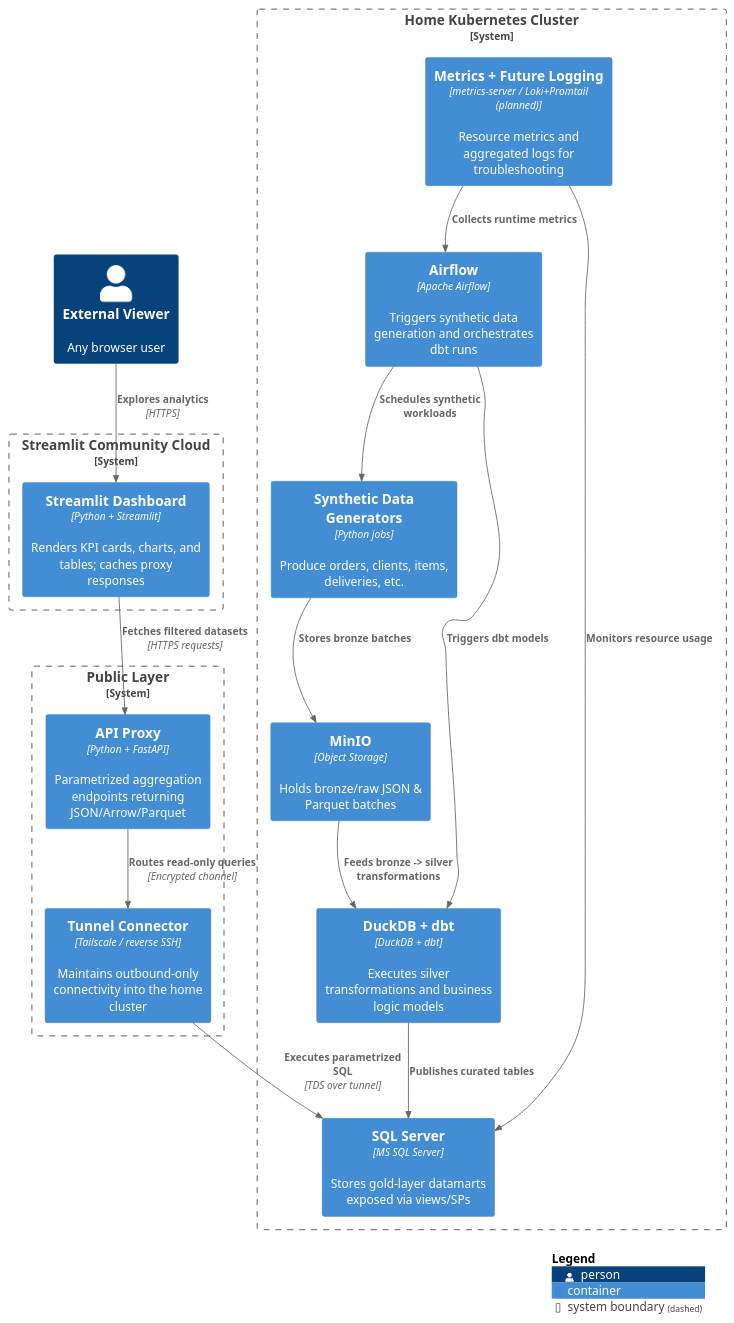
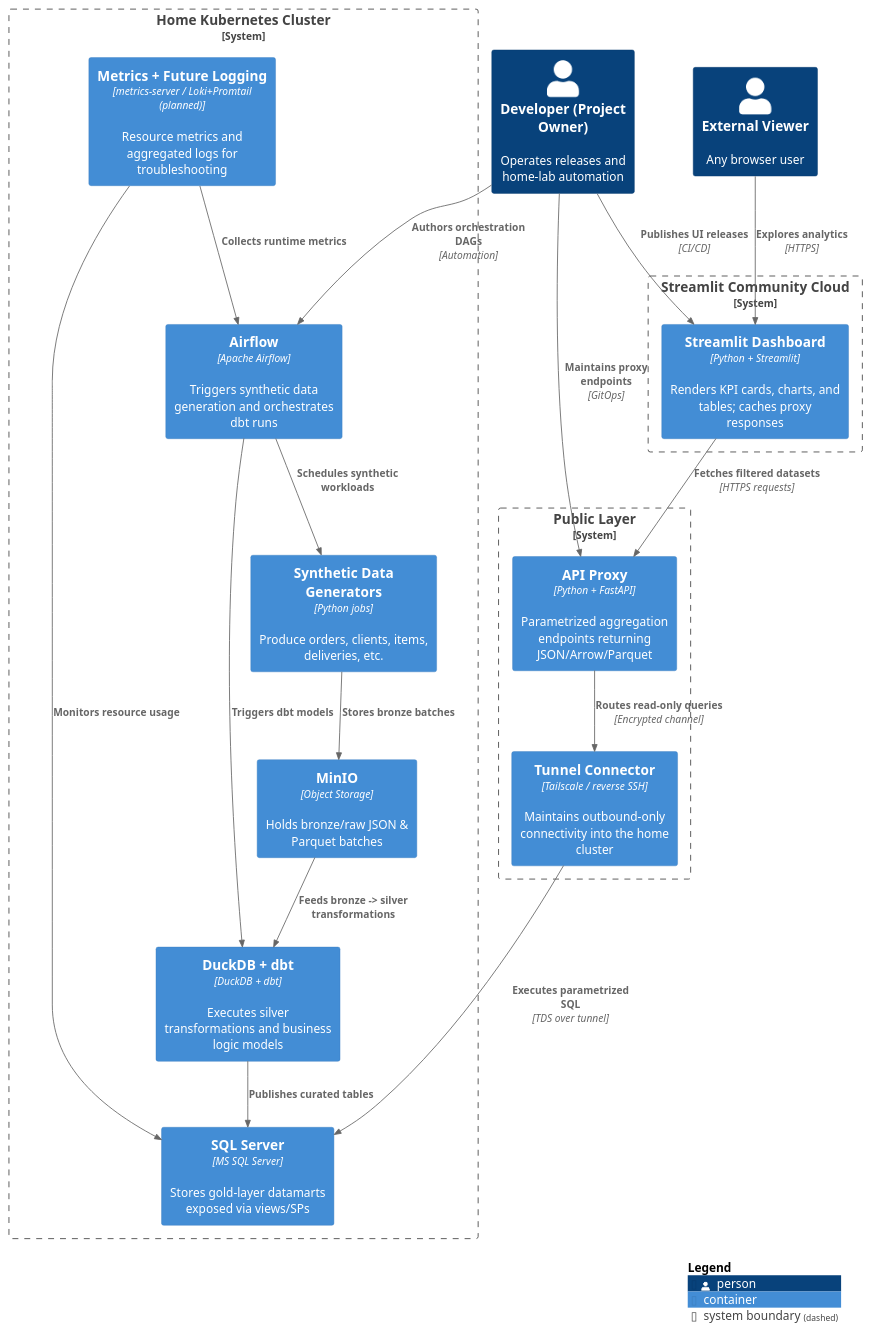
The diagram in docs/diagrams/containers.puml (AntonMiniazev/bohr_project), drawn with PlantUML before and after one commit. The commit also changed 3 other files, not shown here.

Commit message:
Updated diagrams

```diff
--- a/docs/diagrams/containers.puml
+++ b/docs/diagrams/containers.puml
@@ -1,39 +1,43 @@
 @startuml Containers
 !includeurl https://raw.githubusercontent.com/plantuml-stdlib/C4-PlantUML/master/C4_Container.puml
 LAYOUT_WITH_LEGEND()
 HIDE_STEREOTYPE()
 
 Person(user, "External Viewer", "Any browser user")
+Person(dev, "Developer (Project Owner)", "Operates releases and home-lab automation")
 
 System_Boundary(cloud, "Streamlit Community Cloud") {
     Container(streamlitApp, "Streamlit Dashboard", "Python + Streamlit", "Renders KPI cards, charts, and tables; caches proxy responses")
 }
 
 System_Boundary(public, "Public Layer") {
     Container(apiProxy, "API Proxy", "Python + FastAPI", "Parametrized aggregation endpoints returning JSON/Arrow/Parquet")
     Container(tunnelSvc, "Tunnel Connector", "Tailscale / reverse SSH", "Maintains outbound-only connectivity into the home cluster")
 }
 
 System_Boundary(cluster, "Home Kubernetes Cluster") {
     Container(airflow, "Airflow", "Apache Airflow", "Triggers synthetic data generation and orchestrates dbt runs")
     Container(dataGen, "Synthetic Data Generators", "Python jobs", "Produce orders, clients, items, deliveries, etc.")
     Container(minio, "MinIO", "Object Storage", "Holds bronze/raw JSON & Parquet batches")
     Container(duckdb, "DuckDB + dbt", "DuckDB + dbt", "Executes silver transformations and business logic models")
     Container(sqlserver, "SQL Server", "MS SQL Server", "Stores gold-layer datamarts exposed via views/SPs")
     Container(metrics, "Metrics + Future Logging", "metrics-server / Loki+Promtail (planned)", "Resource metrics and aggregated logs for troubleshooting")
 }
 
 Rel(user, streamlitApp, "Explores analytics", "HTTPS")
+Rel(dev, streamlitApp, "Publishes UI releases", "CI/CD")
 Rel(streamlitApp, apiProxy, "Fetches filtered datasets", "HTTPS requests")
+Rel(dev, apiProxy, "Maintains proxy endpoints", "GitOps")
 Rel(apiProxy, tunnelSvc, "Routes read-only queries", "Encrypted channel")
 Rel(tunnelSvc, sqlserver, "Executes parametrized SQL", "TDS over tunnel")
+Rel(dev, airflow, "Authors orchestration DAGs", "Automation")
 Rel(dataGen, minio, "Stores bronze batches")
 Rel(airflow, dataGen, "Schedules synthetic workloads")
 Rel(airflow, duckdb, "Triggers dbt models")
 Rel(duckdb, sqlserver, "Publishes curated tables")
 Rel(minio, duckdb, "Feeds bronze -> silver transformations")
 Rel(metrics, airflow, "Collects runtime metrics")
 Rel(metrics, sqlserver, "Monitors resource usage")
 
 SHOW_LEGEND()
 @enduml
```
